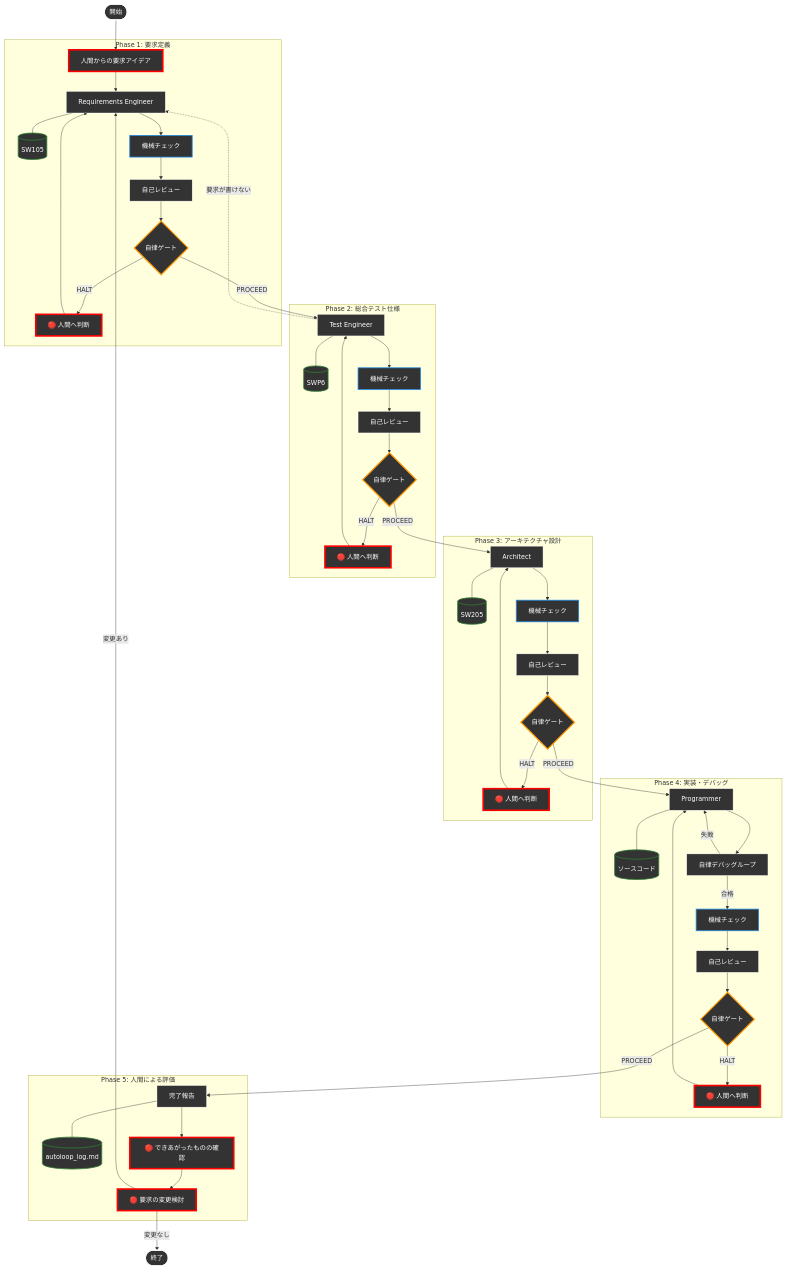
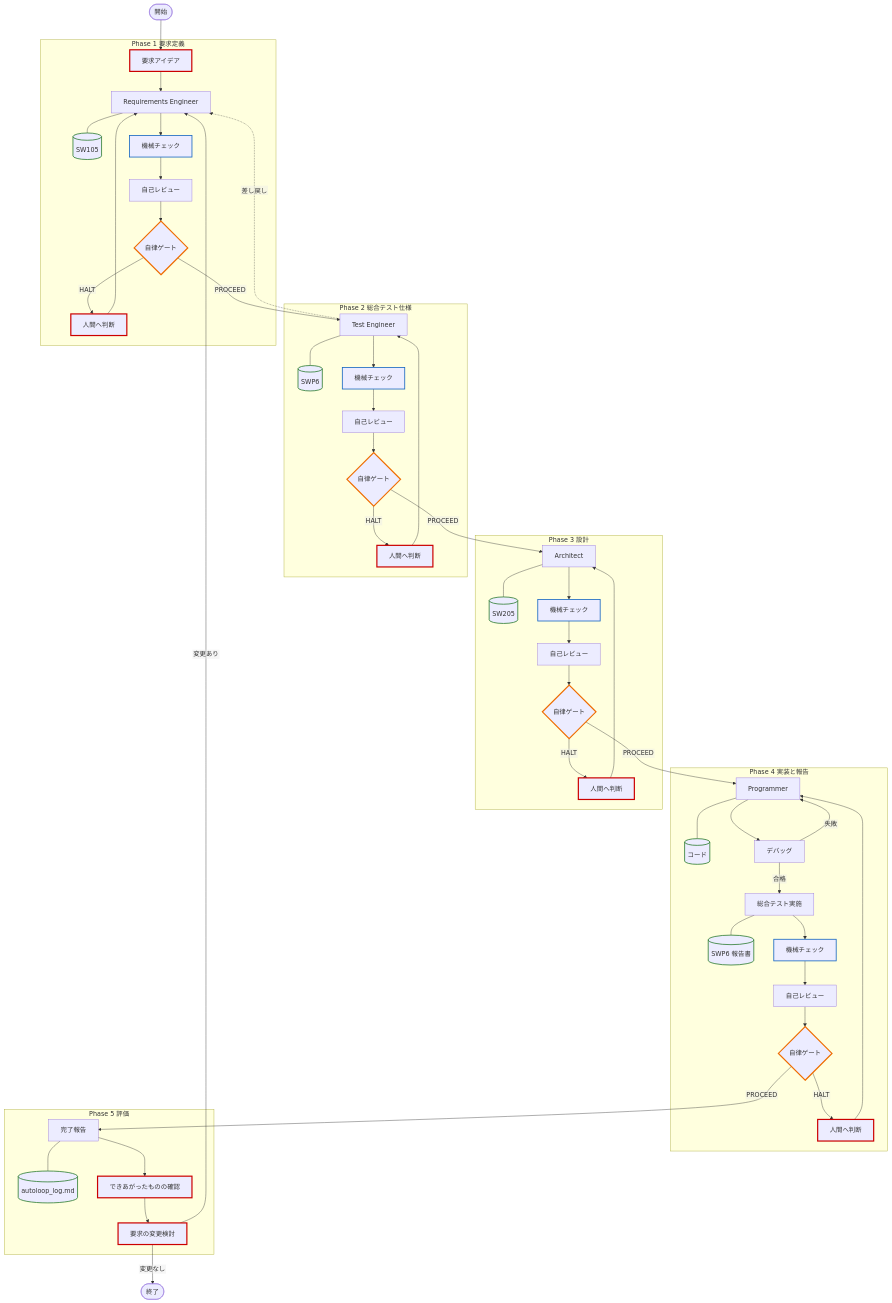
One commit to yamaPiT/DADAProcess changed the second of 7 diagrams in README.md. Above: the diagram before and after it, drawn with Mermaid. The commit also changed other lines of this file and 32 other files, not shown here.

````diff
--- a/README.md
+++ b/README.md
@@ -198,70 +436,69 @@
 ```mermaid
+%%{init: {"flowchart": {"htmlLabels": false, "wrappingWidth": 999}}}%%
 graph TD
-    Start(["開始"]) --> UserReq["人間からの要求アイデア"]
+    Start(["開始"]) --> UserReq["要求アイデア"]
 
-    subgraph P1 ["Phase 1: 要求定義"]
+    subgraph P1 ["Phase 1 要求定義"]
         UserReq --> Req["Requirements Engineer"]
         Req --- ReqDoc[("SW105")]
         Req --> ReqChk["機械チェック"]
         ReqChk --> ReqRev["自己レビュー"]
         ReqRev --> Gate1{"自律ゲート"}
-        Gate1 -- HALT --> Halt1["🔴 人間へ判断"]
+        Gate1 -->|HALT| Halt1["人間へ判断"]
         Halt1 --> Req
     end
 
-    subgraph P2 ["Phase 2: 総合テスト仕様"]
-        Gate1 -- PROCEED --> TestPlan["Test Engineer"]
+    subgraph P2 ["Phase 2 総合テスト仕様"]
+        Gate1 -->|PROCEED| TestPlan["Test Engineer"]
         TestPlan --- TestDoc[("SWP6")]
         TestPlan --> TestChk["機械チェック"]
         TestChk --> TestRev["自己レビュー"]
         TestRev --> Gate2{"自律ゲート"}
-        Gate2 -- HALT --> Halt2["🔴 人間へ判断"]
+        Gate2 -->|HALT| Halt2["人間へ判断"]
         Halt2 --> TestPlan
     end
-    TestPlan -. 要求が書けない .-> Req
+    TestPlan -.->|差し戻し| Req
 
-    subgraph P3 ["Phase 3: アーキテクチャ設計"]
-        Gate2 -- PROCEED --> Arch["Architect"]
+    subgraph P3 ["Phase 3 設計"]
+        Gate2 -->|PROCEED| Arch["Architect"]
         Arch --- ArchDoc[("SW205")]
         Arch --> ArchChk["機械チェック"]
         ArchChk --> ArchRev["自己レビュー"]
         ArchRev --> Gate3{"自律ゲート"}
-        Gate3 -- HALT --> Halt3["🔴 人間へ判断"]
+        Gate3 -->|HALT| Halt3["人間へ判断"]
         Halt3 --> Arch
     end
 
-    subgraph P4 ["Phase 4: 実装・デバッグ"]
-        Gate3 -- PROCEED --> Impl["Programmer"]
-        Impl --- ProgDoc[("ソースコード")]
-        Impl --> ImplLoop["自律デバッグループ"]
-        ImplLoop -- 失敗 --> Impl
-        ImplLoop -- 合格 --> CodeChk["機械チェック"]
+    subgraph P4 ["Phase 4 実装と報告"]
+        Gate3 -->|PROCEED| Impl["Programmer"]
+        Impl --- ProgDoc[("コード")]
+        Impl --> ImplLoop["デバッグ"]
+        ImplLoop -->|失敗| Impl
+        ImplLoop -->|合格| SysTest["総合テスト実施"]
+        SysTest --- ReportDoc[("SWP6 報告書")]
+        SysTest --> CodeChk["機械チェック"]
         CodeChk --> CodeRev["自己レビュー"]
         CodeRev --> Gate4{"自律ゲート"}
-        Gate4 -- HALT --> Halt4["🔴 人間へ判断"]
+        Gate4 -->|HALT| Halt4["人間へ判断"]
         Halt4 --> Impl
     end
 
-    subgraph P5 ["Phase 5: 人間による評価"]
-        Gate4 -- PROCEED --> Report["完了報告"]
+    subgraph P5 ["Phase 5 評価"]
+        Gate4 -->|PROCEED| Report["完了報告"]
         Report --- AutoLog[("autoloop_log.md")]
-        Report --> Eval1["🔴 できあがったものの確認"]
-        Eval1 --> Eval2["🔴 要求の変更検討"]
+        Report --> Eval1["できあがったものの確認"]
+        Eval1 --> Eval2["要求の変更検討"]
     end
-    Eval2 -- 変更あり --> Req
-    Eval2 -- 変更なし --> End(["終了"])
+    Eval2 -->|変更あり| Req
+    Eval2 -->|変更なし| End(["終了"])
 
-    classDef human fill:#333333,stroke:#ff0000,stroke-width:4px,color:#ffffff;
-    classDef agent fill:#333333,stroke:#FFFFFF,stroke-width:1px,color:#ffffff;
-    classDef doc fill:#333333,stroke:#2e7d32,stroke-width:2px,color:#ffffff;
-    classDef tool fill:#333333,stroke:#1e88e5,stroke-width:2px,color:#ffffff;
-    classDef gate fill:#333333,stroke:#ff9800,stroke-width:3px,color:#ffffff;
-    classDef startEnd fill:#333333,stroke:#ffffff,stroke-width:2px,color:#ffffff;
+    classDef human stroke:#cc0000,stroke-width:3px;
+    classDef tool stroke:#1565c0,stroke-width:2px;
+    classDef doc stroke:#2e7d32,stroke-width:2px;
+    classDef gate stroke:#ef6c00,stroke-width:3px;
 
     class UserReq,Halt1,Halt2,Halt3,Halt4,Eval1,Eval2 human;
-    class Req,ReqRev,Arch,ArchRev,TestPlan,TestRev,Impl,ImplLoop,CodeRev,Report agent;
     class ReqChk,TestChk,ArchChk,CodeChk tool;
-    class ReqDoc,ArchDoc,ProgDoc,TestDoc,AutoLog doc;
+    class ReqDoc,ArchDoc,ProgDoc,TestDoc,ReportDoc,AutoLog doc;
     class Gate1,Gate2,Gate3,Gate4 gate;
-    class Start,End startEnd;
 ```
````
